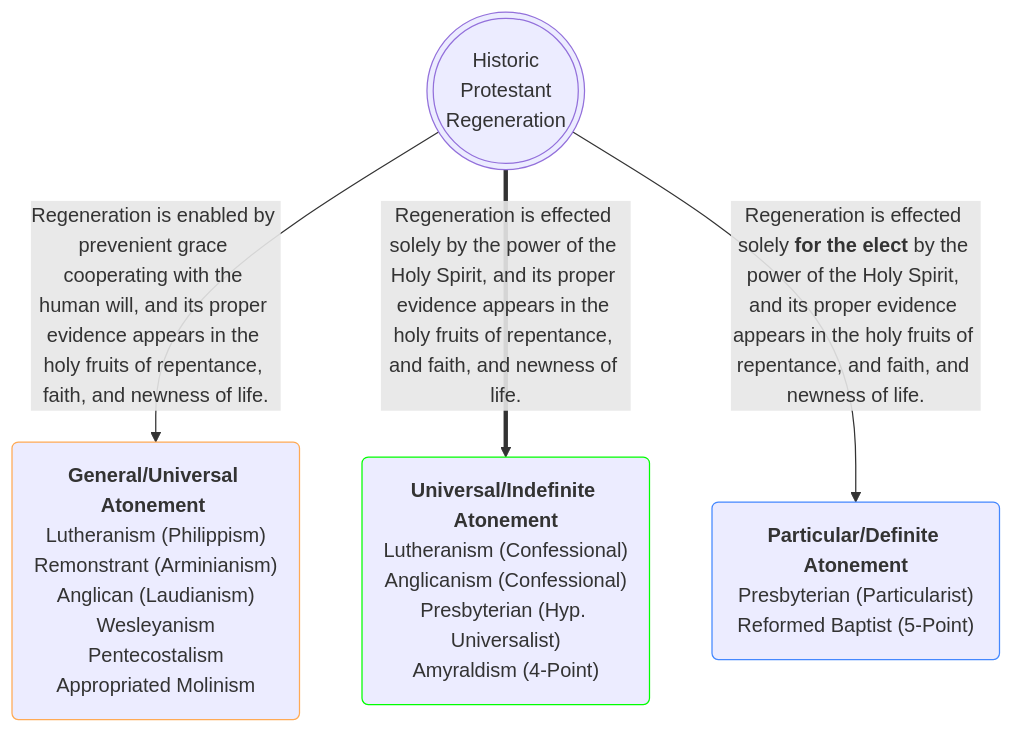
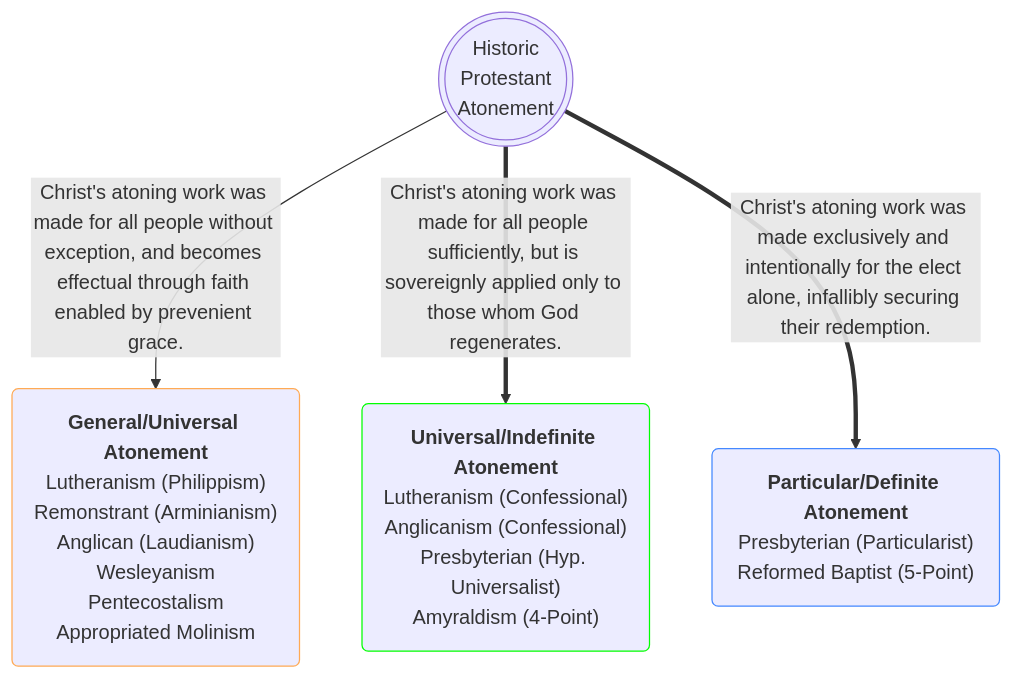
The fourth of 5 diagrams in _posts/2025-08-03-historic-protestant-position.markdown (OrdoLuminis/ordoluminis.github.io), drawn with Mermaid before and after one commit. The commit also changed other lines of this file, not shown here.

````diff
--- a/_posts/2025-08-03-historic-protestant-position.markdown
+++ b/_posts/2025-08-03-historic-protestant-position.markdown
@@ -101,10 +111,10 @@
 ```mermaid
 flowchart TD
-    A(((Historic<br>Protestant<br>Regeneration)))
-    A -->|Regeneration is enabled by prevenient grace cooperating with the human will, and its proper evidence appears in the holy fruits of repentance, faith, and newness of life.| H(<strong>General/Universal Atonement </strong><br>Lutheranism &lpar;Philippism&rpar;<br>Remonstrant &lpar;Arminianism&rpar;<br>Anglican &lpar;Laudianism&rpar;<br>Wesleyanism<br>Pentecostalism<br>Appropriated Molinism):::orange
-    A ==>|Regeneration is effected solely by the power of the Holy Spirit, and its proper evidence appears in the holy fruits of repentance, and faith, and newness of life.| G(<strong>Universal/Indefinite Atonement</strong><br>Lutheranism &lpar;Confessional&rpar;<br>Anglicanism &lpar;Confessional&rpar;<br>Presbyterian &lpar;Hyp. Universalist&rpar;<br>Amyraldism &lpar;4-Point&rpar;):::green
-    A -->|Regeneration is effected solely <strong>for the elect</strong> by the power of the Holy Spirit, and its proper evidence appears in the holy fruits of repentance, and faith, and newness of life.| P(<strong>Particular/Definite Atonement</strong><br>Presbyterian &lpar;Particularist&rpar;<br>Reformed Baptist &lpar;5-Point&rpar;):::blue
+    A(((Historic<br>Protestant<br>Atonement)))
+    A -->|Christ's atoning work was made for all people without exception, and becomes effectual through faith enabled by prevenient grace.| H(<strong>General&sol;Universal Atonement</strong><br>Lutheranism &lpar;Philippism&rpar;<br>Remonstrant &lpar;Arminianism&rpar;<br>Anglican &lpar;Laudianism&rpar;<br>Wesleyanism<br>Pentecostalism<br>Appropriated Molinism):::orange
+    A ==>|Christ's atoning work was made for all people sufficiently, but is sovereignly applied only to those whom God regenerates.| G(<strong>Universal&sol;Indefinite Atonement</strong><br>Lutheranism &lpar;Confessional&rpar;<br>Anglicanism &lpar;Confessional&rpar;<br>Presbyterian &lpar;Hyp. Universalist&rpar;<br>Amyraldism &lpar;4-Point&rpar;):::green
+    A ==>|Christ's atoning work was made exclusively and intentionally for the elect alone, infallibly securing their redemption.| P(<strong>Particular&sol;Definite Atonement</strong><br>Presbyterian &lpar;Particularist&rpar;<br>Reformed Baptist &lpar;5-Point&rpar;):::blue
     classDef green stroke:#0f0
     classDef orange stroke:#fa5
     classDef blue stroke:#48f
 ```
````
